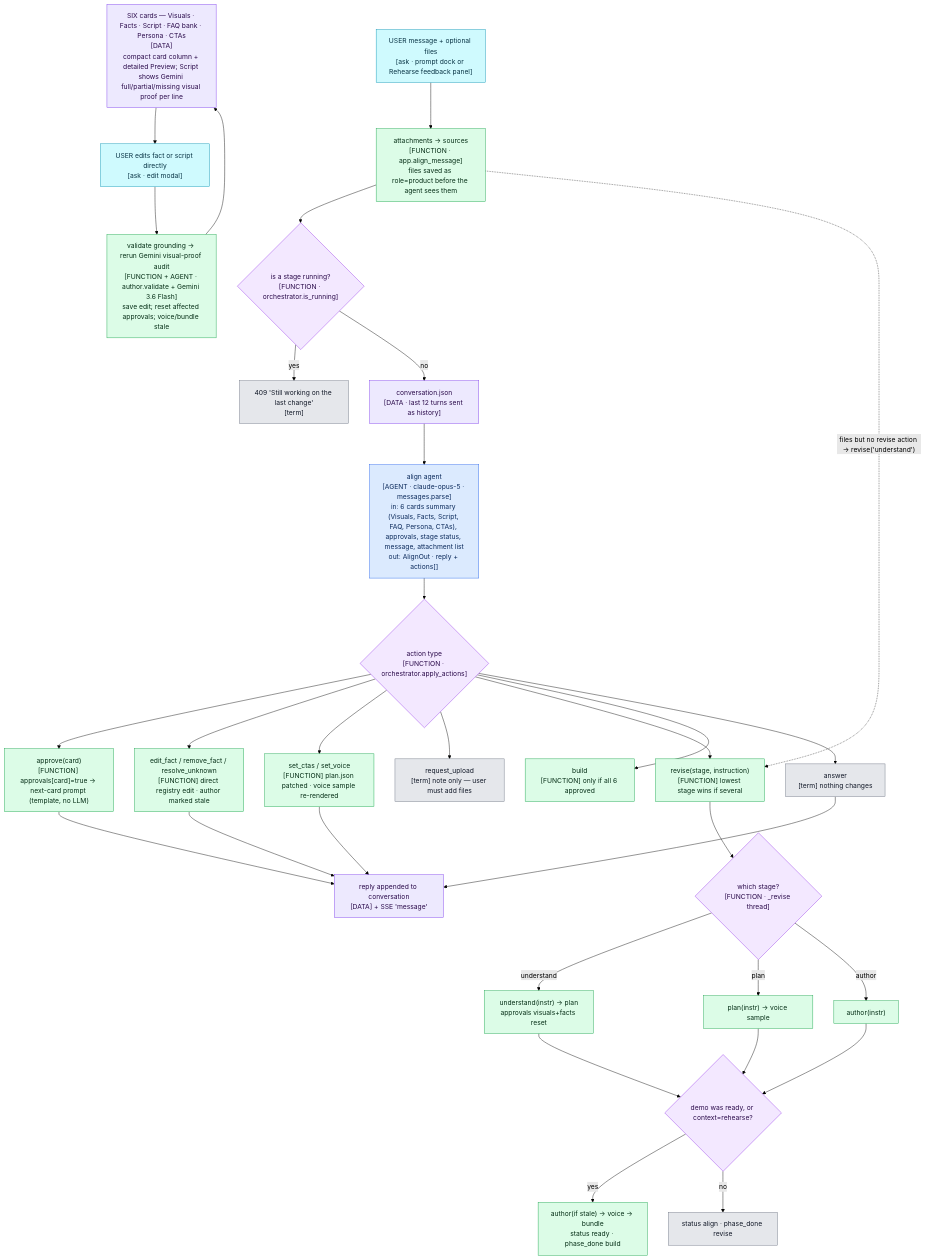
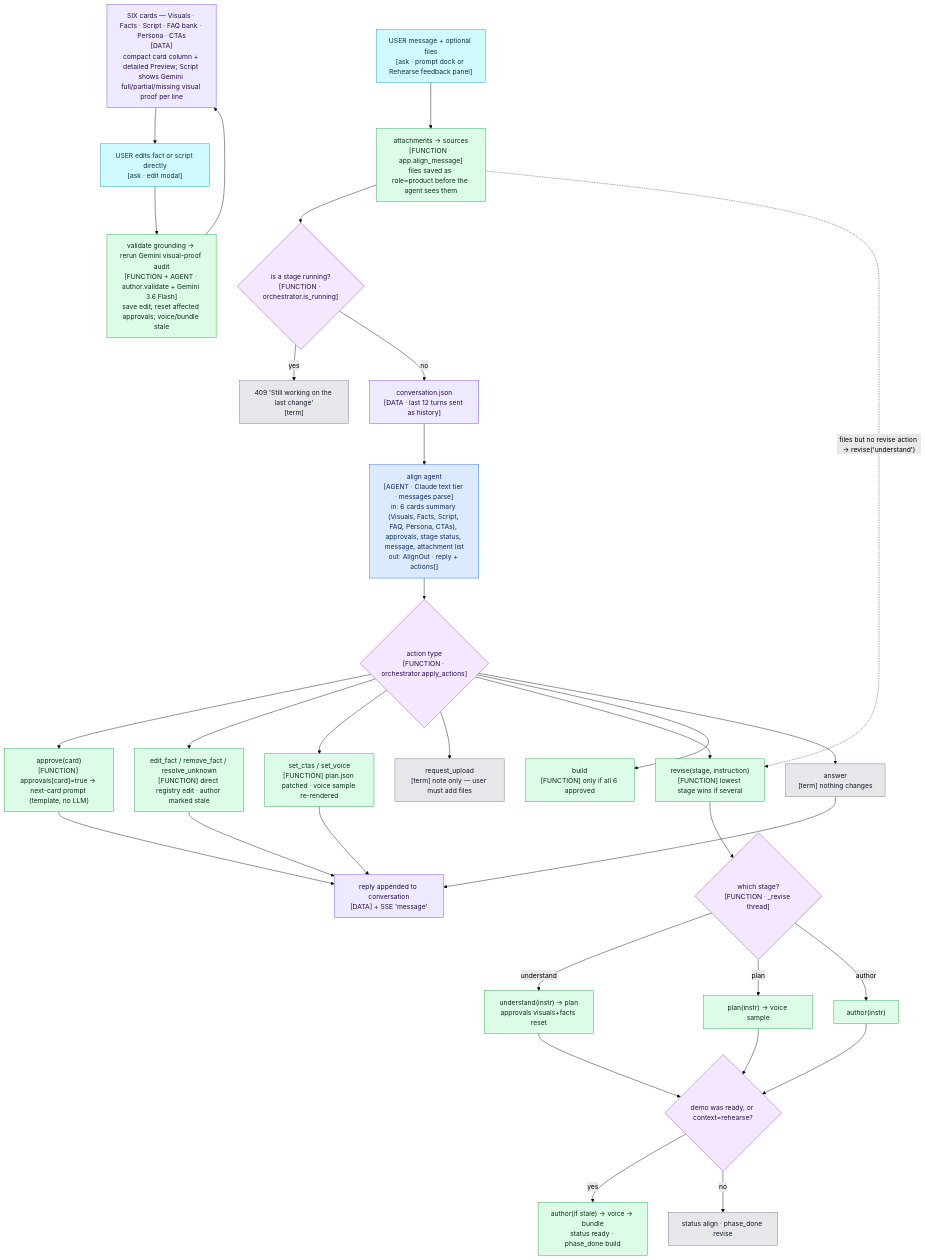
One commit to APareek89/demo-studio changed the diagram in docs/mermaid/03-align.mmd. Above: the diagram before and after it, drawn with Mermaid (forest theme). The commit also changed 25 other files, not shown here.

```diff
--- a/docs/mermaid/03-align.mmd
+++ b/docs/mermaid/03-align.mmd
@@ -1,56 +1,56 @@
 %% 03 · Align loop — one prompt dock, one agent, structured actions
 flowchart TD
   N6["SIX cards — Visuals · Facts · Script · FAQ bank · Persona · CTAs<br/>[DATA]<br/>compact card column + detailed Preview; Script shows Gemini full/partial/missing visual proof per line"]:::data
   MSG["USER message + optional files<br/>[ask · prompt dock or Rehearse feedback panel]"]:::ask
   ATT["attachments → sources<br/>[FUNCTION · app.align_message]<br/>files saved as role=product before the agent sees them"]:::fn
   BUSY{"is a stage running?<br/>[FUNCTION · orchestrator.is_running]"}:::dec
   WAIT["409 'Still working on the last change'<br/>[term]"]:::term
   HIST["conversation.json<br/>[DATA · last 12 turns sent as history]"]:::data
-  AGENT["align agent<br/>[AGENT · claude-opus-5 · messages.parse]<br/>in: 6 cards summary (Visuals, Facts, Script, FAQ, Persona, CTAs), approvals, stage status, message, attachment list<br/>out: AlignOut · reply + actions[]"]:::agent
+  AGENT["align agent<br/>[AGENT · Claude text tier · messages.parse]<br/>in: 6 cards summary (Visuals, Facts, Script, FAQ, Persona, CTAs), approvals, stage status, message, attachment list<br/>out: AlignOut · reply + actions[]"]:::agent
   APPLY{"action type<br/>[FUNCTION · orchestrator.apply_actions]"}:::dec
   A1["approve(card)<br/>[FUNCTION] approvals[card]=true → next-card prompt (template, no LLM)"]:::fn
   A2["edit_fact / remove_fact / resolve_unknown<br/>[FUNCTION] direct registry edit · author marked stale"]:::fn
   A3["set_ctas / set_voice<br/>[FUNCTION] plan.json patched · voice sample re-rendered"]:::fn
   A4["request_upload<br/>[term] note only — user must add files"]:::term
   A5["revise(stage, instruction)<br/>[FUNCTION] lowest stage wins if several"]:::fn
   A6["build<br/>[FUNCTION] only if all 6 approved"]:::fn
   A7["answer<br/>[term] nothing changes"]:::term
   EDIT["USER edits fact or script directly<br/>[ask · edit modal]"]:::ask
   SAVEEDIT["validate grounding → rerun Gemini visual-proof audit<br/>[FUNCTION + AGENT · author.validate + Gemini 3.6 Flash]<br/>save edit; reset affected approvals; voice/bundle stale"]:::fn
   REV{"which stage?<br/>[FUNCTION · _revise thread]"}:::dec
   R1["understand(instr) → plan<br/>approvals visuals+facts reset"]:::fn
   R2["plan(instr) → voice sample"]:::fn
   R3["author(instr)"]:::fn
   RB{"demo was ready, or context=rehearse?"}:::dec
   RBUILD["author(if stale) → voice → bundle<br/>status ready · phase_done build"]:::fn
   RALIGN["status align · phase_done revise"]:::term
   REPLY["reply appended to conversation<br/>[DATA] + SSE 'message'"]:::data
 
   MSG --> ATT --> BUSY
   BUSY -- "yes" --> WAIT
   BUSY -- "no" --> HIST --> AGENT --> APPLY
   APPLY --> A1
   APPLY --> A2
   APPLY --> A3
   APPLY --> A4
   APPLY --> A5 --> REV
   APPLY --> A6
   APPLY --> A7
   REV -- "understand" --> R1 --> RB
   REV -- "plan" --> R2 --> RB
   REV -- "author" --> R3 --> RB
   RB -- "yes" --> RBUILD
   RB -- "no" --> RALIGN
   A1 --> REPLY
   A2 --> REPLY
   A3 --> REPLY
   A7 --> REPLY
   ATT -.->|"files but no revise action → revise('understand')"| A5
   N6 --> EDIT --> SAVEEDIT --> N6
 
   classDef agent fill:#dbeafe,stroke:#2563eb,color:#0b2a5b;
   classDef fn fill:#dcfce7,stroke:#16a34a,color:#052e16;
   classDef dec fill:#f3e8ff,stroke:#9333ea,color:#2a0a4a;
   classDef term fill:#e5e7eb,stroke:#6b7280,color:#111827;
   classDef ask fill:#cffafe,stroke:#0891b2,color:#083344;
   classDef data fill:#ede9fe,stroke:#7c3aed,color:#2a0a4a;
```
